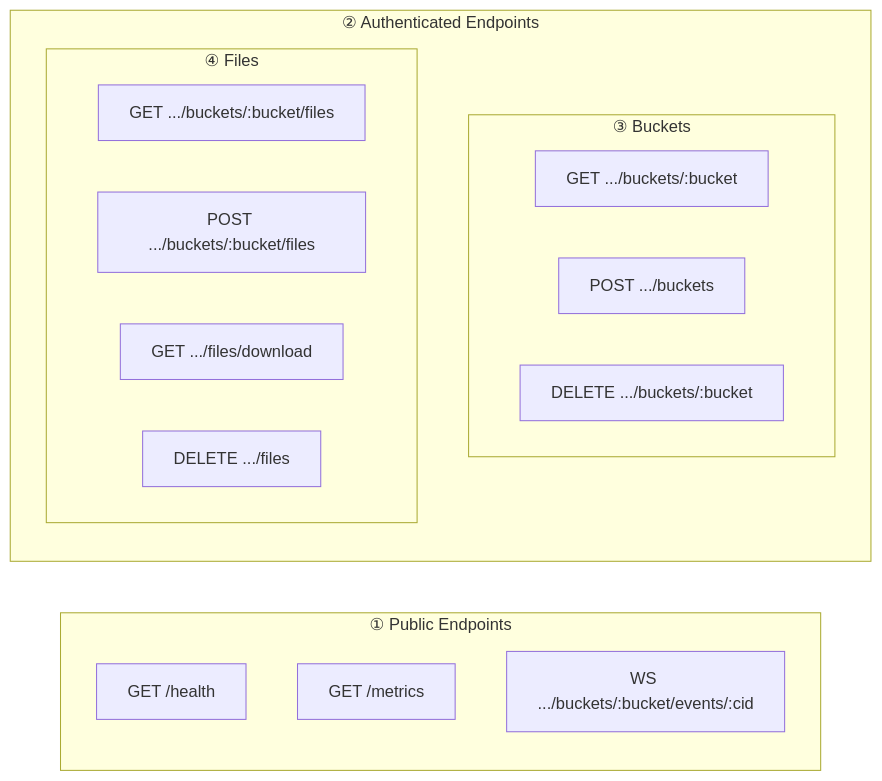
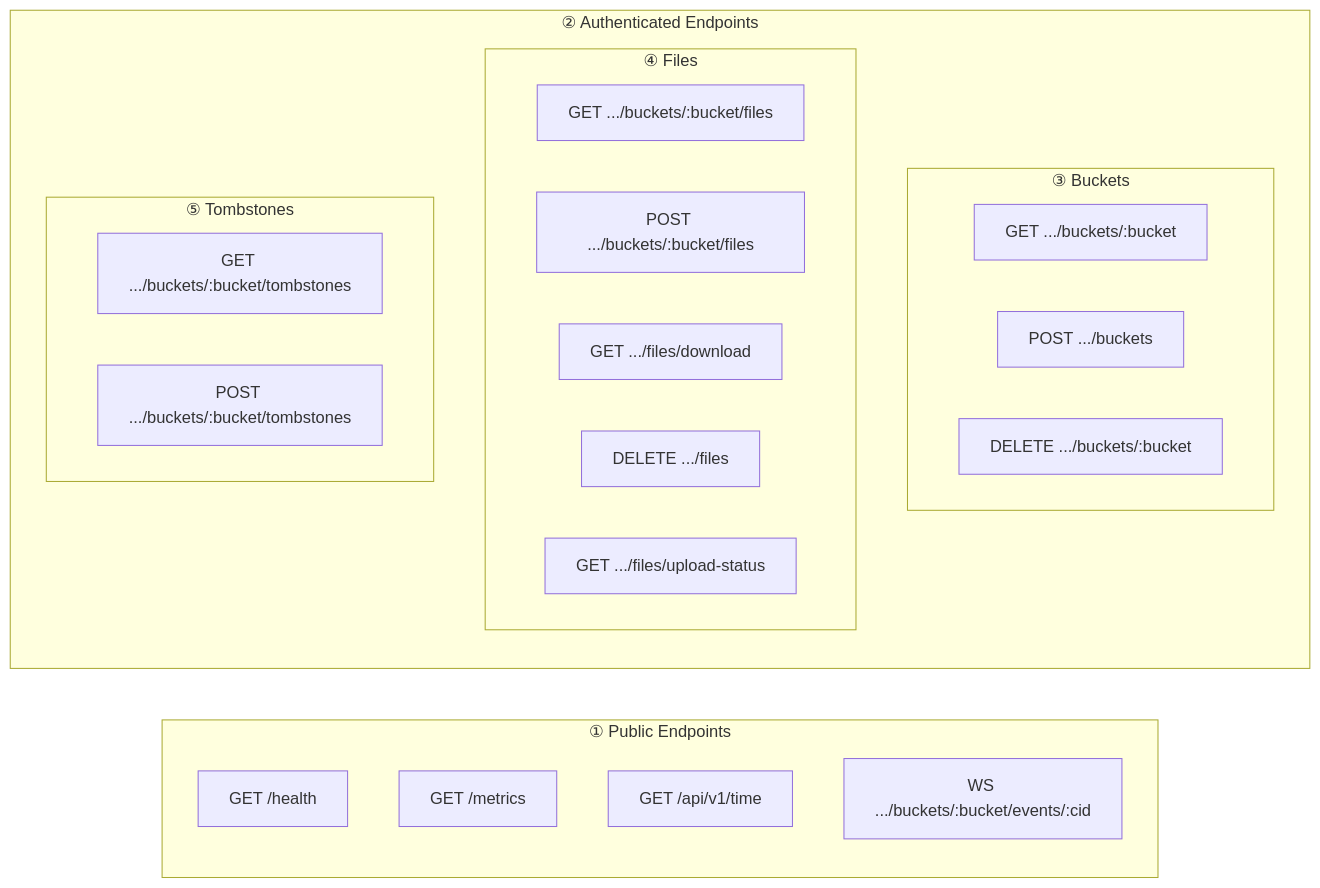
Before and after one commit to albertsdk/hsync-server: the first of 2 diagrams in docs/api.md, drawn with Mermaid. The commit also changed other lines of this file and 5 other files, not shown here.

````diff
--- a/docs/api.md
+++ b/docs/api.md
@@ -7,23 +7,30 @@
 ```mermaid
 graph LR
     subgraph Public["① Public Endpoints"]
         H["GET /health"]
         M["GET /metrics"]
+        T["GET /api/v1/time"]
         WS["WS .../buckets/:bucket/events/:cid"]
     end
 
     subgraph Auth["② Authenticated Endpoints"]
         subgraph Buckets["③ Buckets"]
             GB["GET .../buckets/:bucket"]
             CB["POST .../buckets"]
             DB["DELETE .../buckets/:bucket"]
         end
 
         subgraph Files["④ Files"]
             LF["GET .../buckets/:bucket/files"]
             UF["POST .../buckets/:bucket/files"]
             DF["GET .../files/download"]
             RF["DELETE .../files"]
+            US["GET .../files/upload-status"]
+        end
+
+        subgraph Tombstones["⑤ Tombstones"]
+            GT["GET .../buckets/:bucket/tombstones"]
+            PT["POST .../buckets/:bucket/tombstones"]
         end
     end
 ```
````
